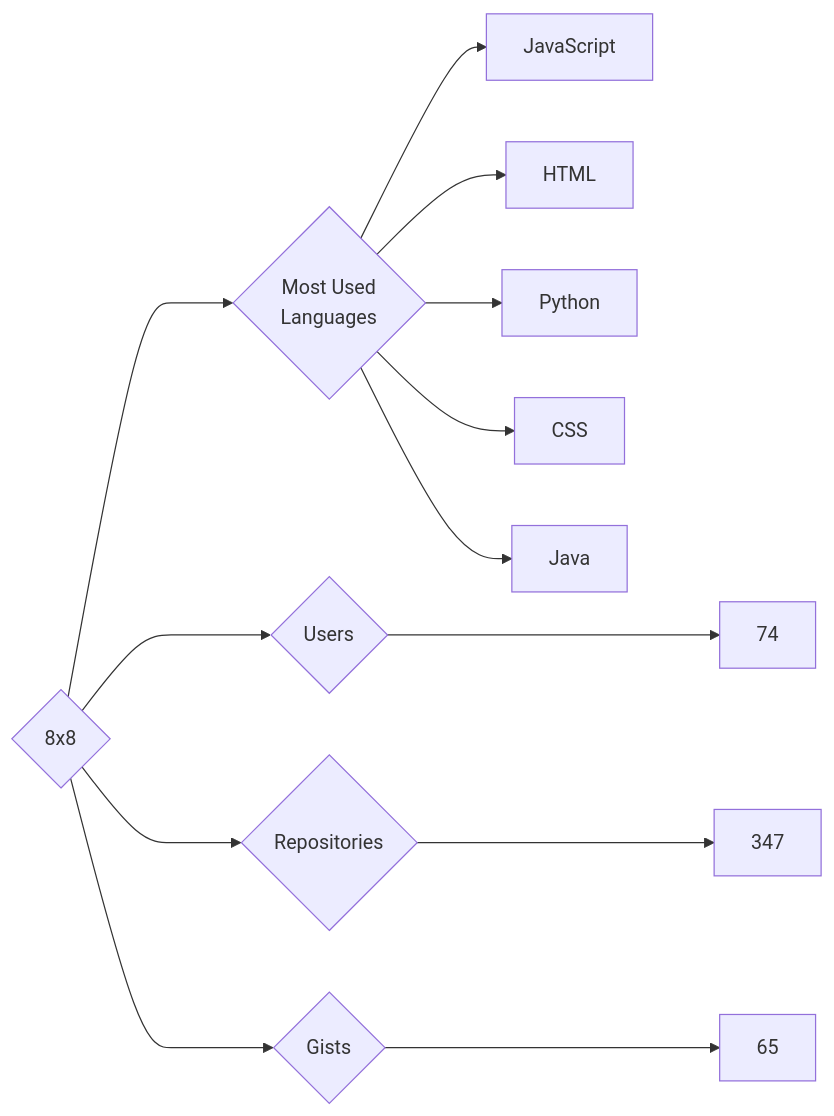
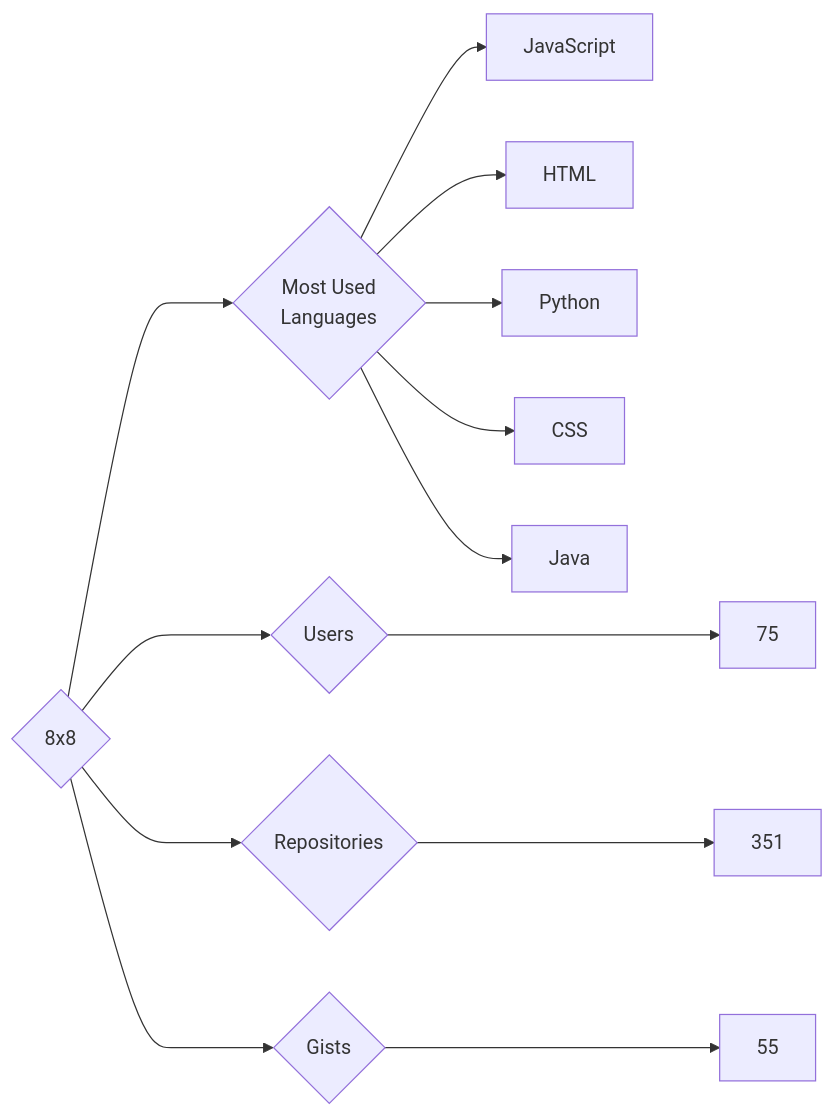
One commit to trickest/insiders changed the diagram in targets/8x8/README.md. Above: the diagram before and after it, drawn with Mermaid. The commit also changed 1120 other files, not shown here.

````diff
--- a/targets/8x8/README.md
+++ b/targets/8x8/README.md
@@ -3,13 +3,13 @@
 ```mermaid
 graph LR
 COMPANY_NAME{8x8}
-COMPANY_NAME ---> U{Users} ---> UN[74]
-COMPANY_NAME ---> R{Repositories} ---> RN[347]
-COMPANY_NAME ---> G{Gists} ---> GN[65]
+COMPANY_NAME ---> U{Users} ---> UN[75]
+COMPANY_NAME ---> R{Repositories} ---> RN[351]
+COMPANY_NAME ---> G{Gists} ---> GN[55]
 COMPANY_NAME ---> ML{Most Used<br>Languages}
 ML --> JavaScript[JavaScript]
 ML --> HTML[HTML]
 ML --> Python[Python]
 ML --> CSS[CSS]
 ML --> Java[Java]
 ```
````
